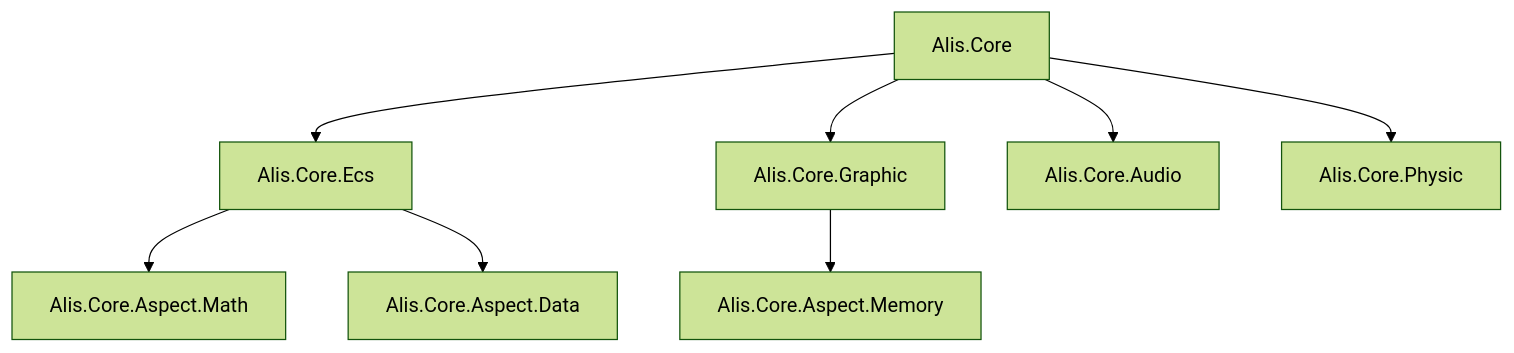
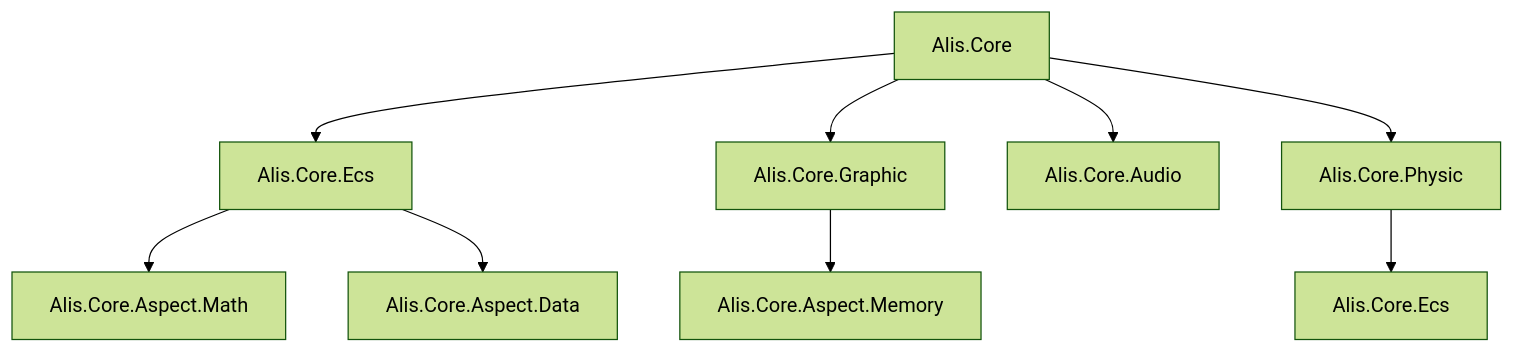
Before and after one commit to pabllopf/Alis: the first of 4 diagrams in .memory/dependencies/dependency-graph.md, drawn with Mermaid (forest theme). The commit also changed other lines of this file, not shown here.

Commit message:
docs: update dependency graph with documented projects

````diff
--- a/.memory/dependencies/dependency-graph.md
+++ b/.memory/dependencies/dependency-graph.md
@@ -7,12 +7,14 @@
 ```mermaid
 graph TD
     Alis_Core[Alis.Core] --> Alis_Ecs[Alis.Core.Ecs]
     Alis_Core --> Alis_Graphic[Alis.Core.Graphic]
     Alis_Core --> Alis_Audio[Alis.Core.Audio]
     Alis_Core --> Alis_Physic[Alis.Core.Physic]
     
     Alis_Ecs --> Alis_Aspect_Math[Alis.Core.Aspect.Math]
     Alis_Ecs --> Alis_Aspect_Data[Alis.Core.Aspect.Data]
     
     Alis_Graphic --> Alis_Aspect_Memory[Alis.Core.Aspect.Memory]
+    
+    Alis_Physic --> Alis_Core_Ecs[Alis.Core.Ecs]
 ```
````
